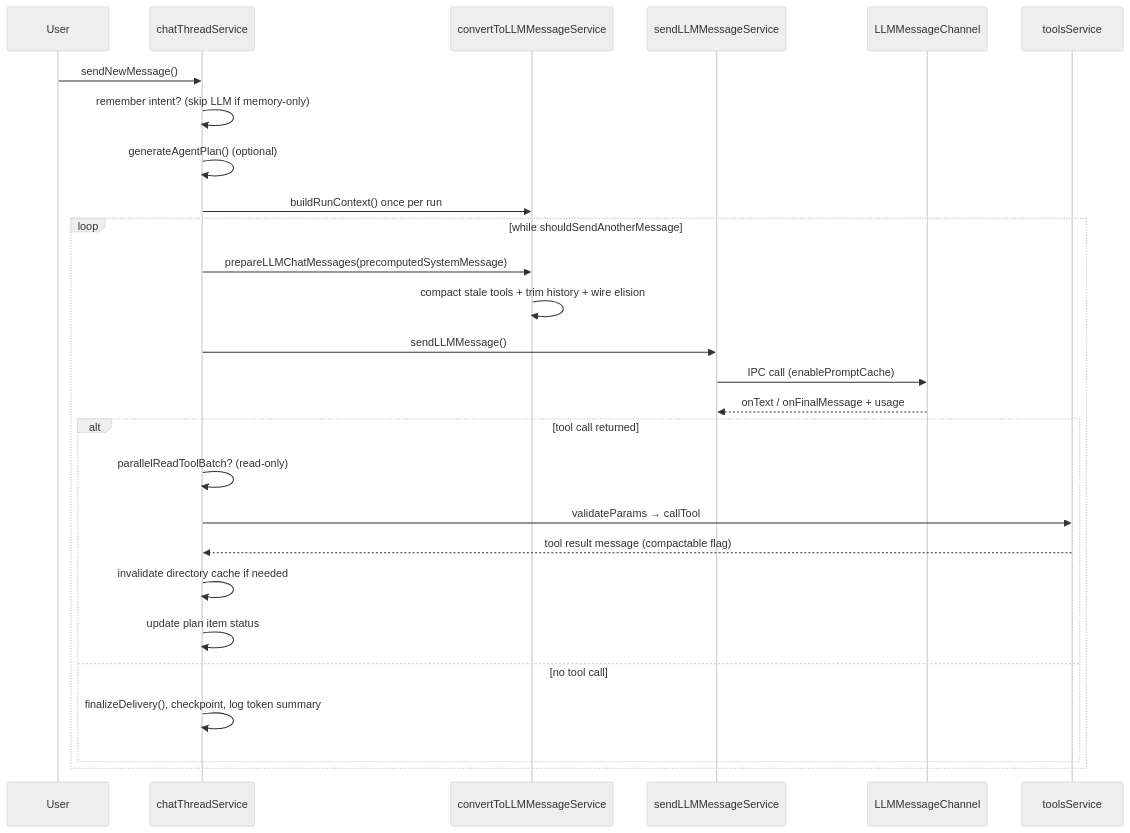
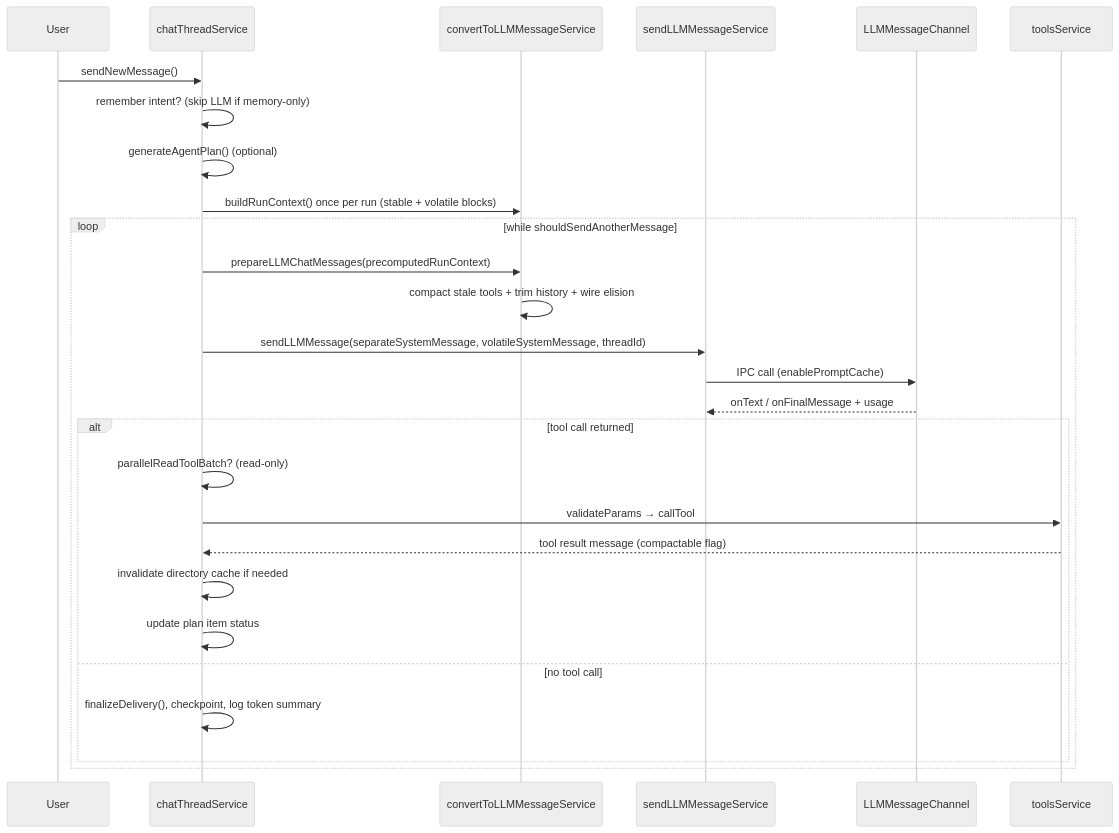
One commit to hari8g/trove_v1 changed the diagram in ARCHITECTURE.md. Above: the diagram before and after it, drawn with Mermaid (neutral theme). The commit also changed other lines of this file and 35 other files, not shown here.

````diff
--- a/ARCHITECTURE.md
+++ b/ARCHITECTURE.md
@@ -120,30 +129,30 @@
 ```mermaid
 sequenceDiagram
     participant User
     participant Chat as chatThreadService
     participant Convert as convertToLLMMessageService
     participant IPC as sendLLMMessageService
     participant Main as LLMMessageChannel
     participant Tools as toolsService
 
     User->>Chat: sendNewMessage()
     Chat->>Chat: remember intent? (skip LLM if memory-only)
     Chat->>Chat: generateAgentPlan() (optional)
-    Chat->>Convert: buildRunContext() once per run
+    Chat->>Convert: buildRunContext() once per run (stable + volatile blocks)
     loop while shouldSendAnotherMessage
-        Chat->>Convert: prepareLLMChatMessages(precomputedSystemMessage)
+        Chat->>Convert: prepareLLMChatMessages(precomputedRunContext)
         Convert->>Convert: compact stale tools + trim history + wire elision
-        Chat->>IPC: sendLLMMessage()
+        Chat->>IPC: sendLLMMessage(separateSystemMessage, volatileSystemMessage, threadId)
         IPC->>Main: IPC call (enablePromptCache)
         Main-->>IPC: onText / onFinalMessage + usage
         alt tool call returned
             Chat->>Chat: parallelReadToolBatch? (read-only)
             Chat->>Tools: validateParams → callTool
             Tools-->>Chat: tool result message (compactable flag)
             Chat->>Chat: invalidate directory cache if needed
             Chat->>Chat: update plan item status
         else no tool call
             Chat->>Chat: finalizeDelivery(), checkpoint, log token summary
         end
     end
 ```
````
